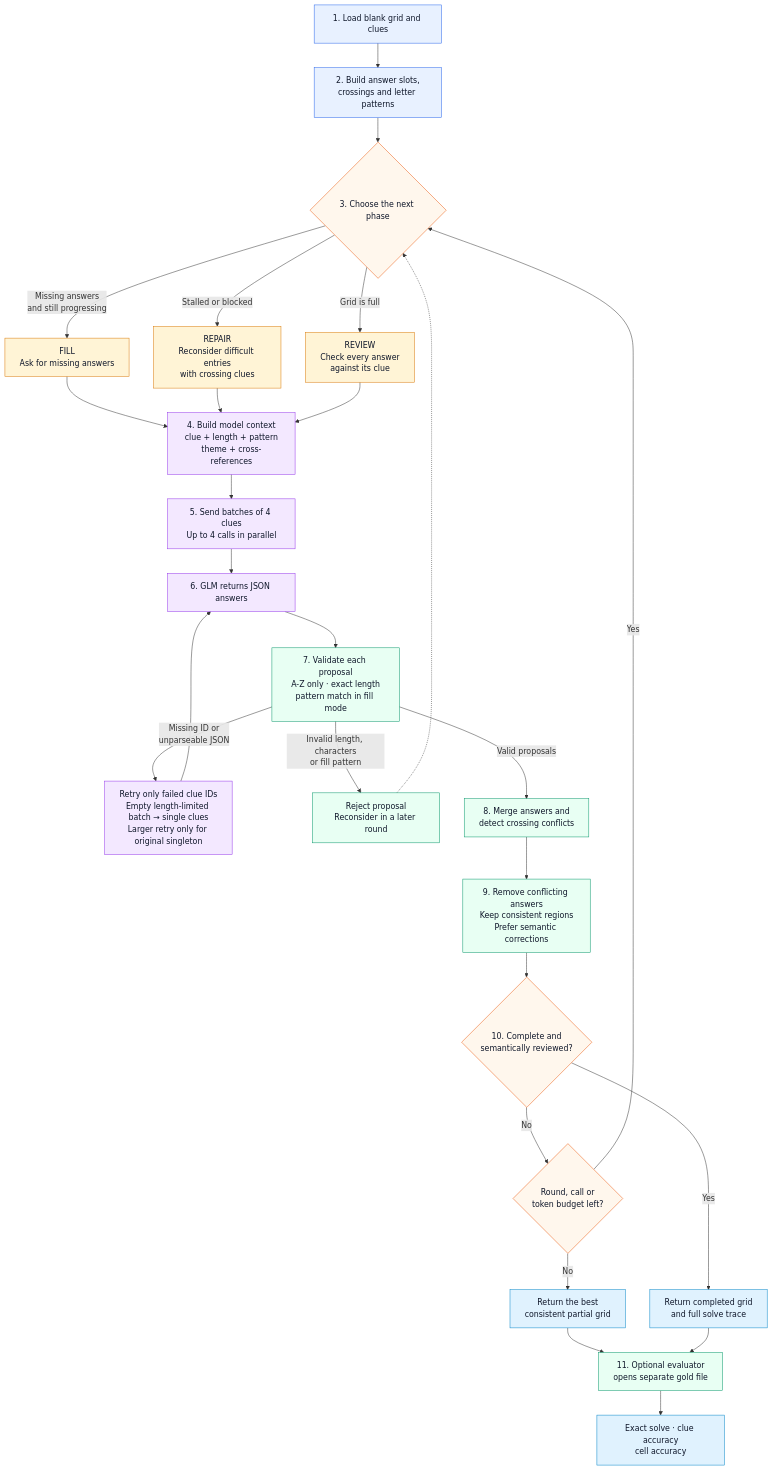
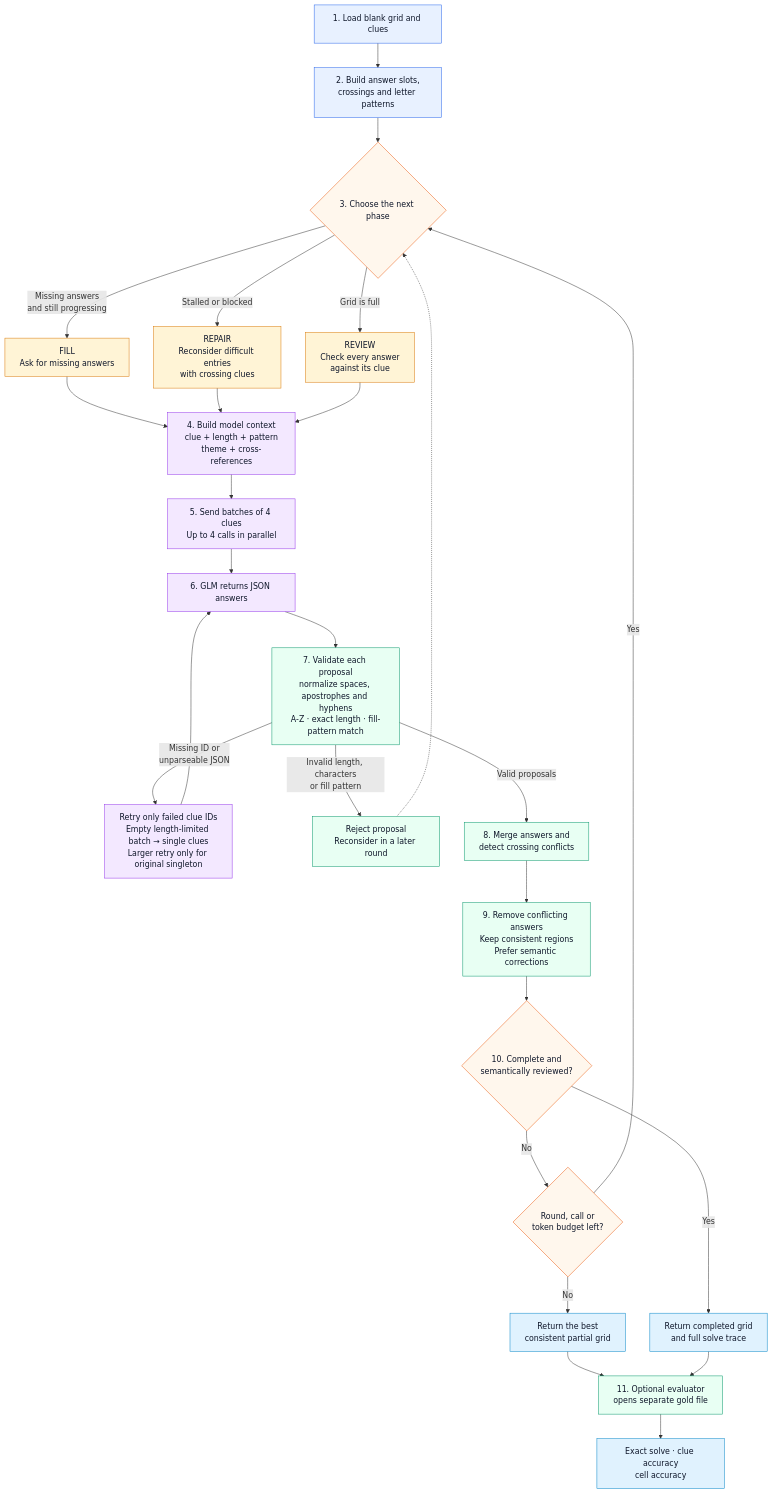
One commit to ChangYeongJeong1103/crossword-ai-agent changed the first of 4 diagrams in ARCHITECTURE.md. Above: the diagram before and after it, drawn with Mermaid. The commit also changed other lines of this file, not shown here.

Commit message:
Align architecture with implementation

````diff
--- a/ARCHITECTURE.md
+++ b/ARCHITECTURE.md
@@ -7,49 +7,49 @@
 ```mermaid
 flowchart TD
   A["1. Load blank grid and clues"] --> B["2. Build answer slots,<br/>crossings and letter patterns"]
   B --> C{"3. Choose the next phase"}
 
   C -->|"Missing answers<br/>and still progressing"| D["FILL<br/>Ask for missing answers"]
   C -->|"Stalled or blocked"| E["REPAIR<br/>Reconsider difficult entries<br/>with crossing clues"]
   C -->|"Grid is full"| F["REVIEW<br/>Check every answer<br/>against its clue"]
 
   D --> G["4. Build model context<br/>clue + length + pattern<br/>theme + cross-references"]
   E --> G
   F --> G
 
   G --> H["5. Send batches of 4 clues<br/>Up to 4 calls in parallel"]
   H --> I["6. GLM returns JSON answers"]
-  I --> J["7. Validate each proposal<br/>A-Z only · exact length<br/>pattern match in fill mode"]
+  I --> J["7. Validate each proposal<br/>normalize spaces, apostrophes and hyphens<br/>A-Z · exact length · fill-pattern match"]
 
   J -->|"Missing ID or<br/>unparseable JSON"| K["Retry only failed clue IDs<br/>Empty length-limited batch → single clues<br/>Larger retry only for original singleton"]
   K --> I
 
   J -->|"Invalid length, characters<br/>or fill pattern"| T["Reject proposal<br/>Reconsider in a later round"]
   T -.-> C
   J -->|"Valid proposals"| L["8. Merge answers and<br/>detect crossing conflicts"]
   L --> M["9. Remove conflicting answers<br/>Keep consistent regions<br/>Prefer semantic corrections"]
 
   M --> N{"10. Complete and<br/>semantically reviewed?"}
   N -->|"No"| O{"Round, call or<br/>token budget left?"}
   O -->|"Yes"| C
   O -->|"No"| P["Return the best<br/>consistent partial grid"]
   N -->|"Yes"| Q["Return completed grid<br/>and full solve trace"]
 
   P --> R["11. Optional evaluator<br/>opens separate gold file"]
   Q --> R
   R --> S["Exact solve · clue accuracy<br/>cell accuracy"]
 
   classDef input fill:#e8f1ff,stroke:#2563eb,color:#0f172a;
   classDef phase fill:#fff4d6,stroke:#d97706,color:#0f172a;
   classDef model fill:#f3e8ff,stroke:#9333ea,color:#0f172a;
   classDef check fill:#e8fff3,stroke:#059669,color:#0f172a;
   classDef decision fill:#fff7ed,stroke:#ea580c,color:#0f172a;
   classDef result fill:#e0f2fe,stroke:#0284c7,color:#0f172a;
 
   class A,B input;
   class D,E,F phase;
   class G,H,I,K model;
   class J,L,M,R,T check;
   class C,N,O decision;
   class P,Q,S result;
 ```
````
